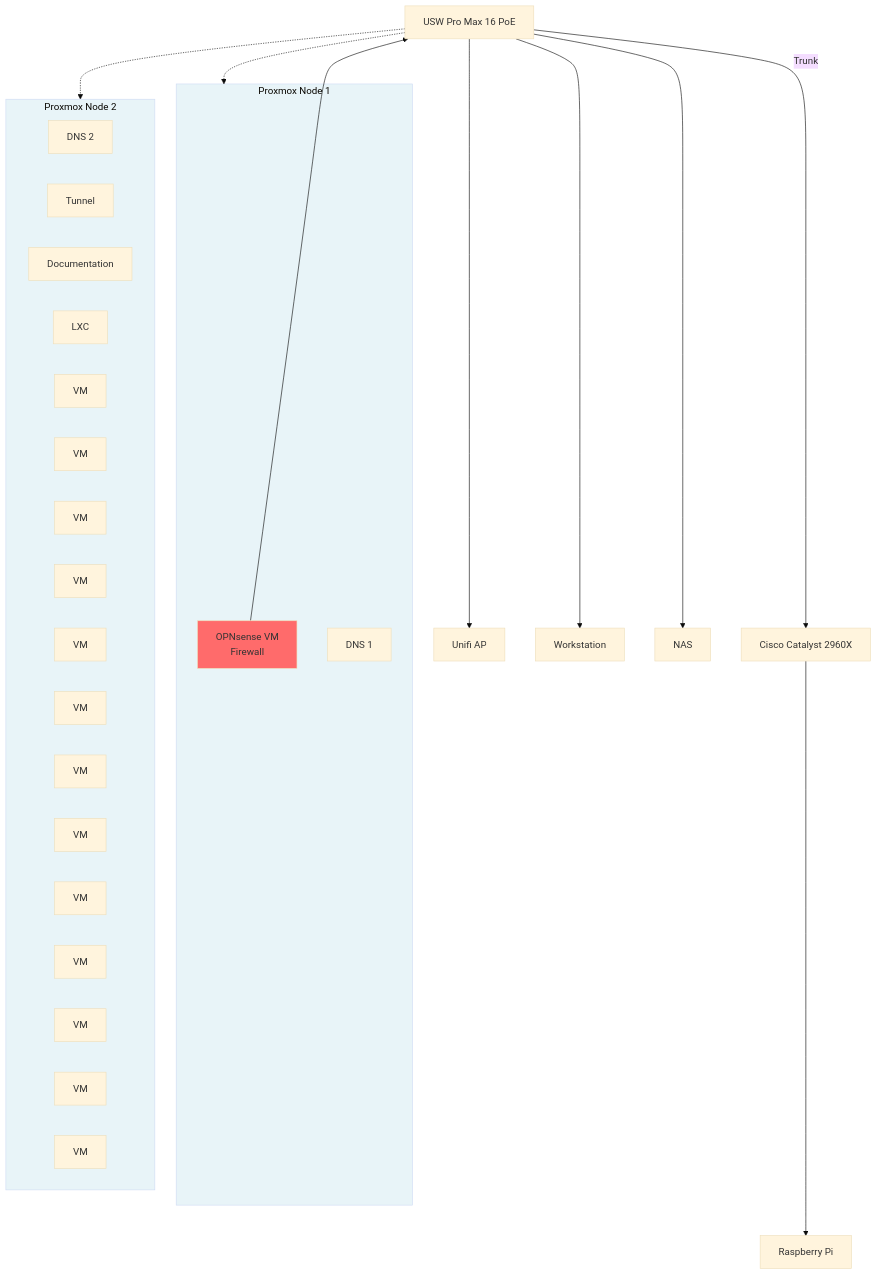
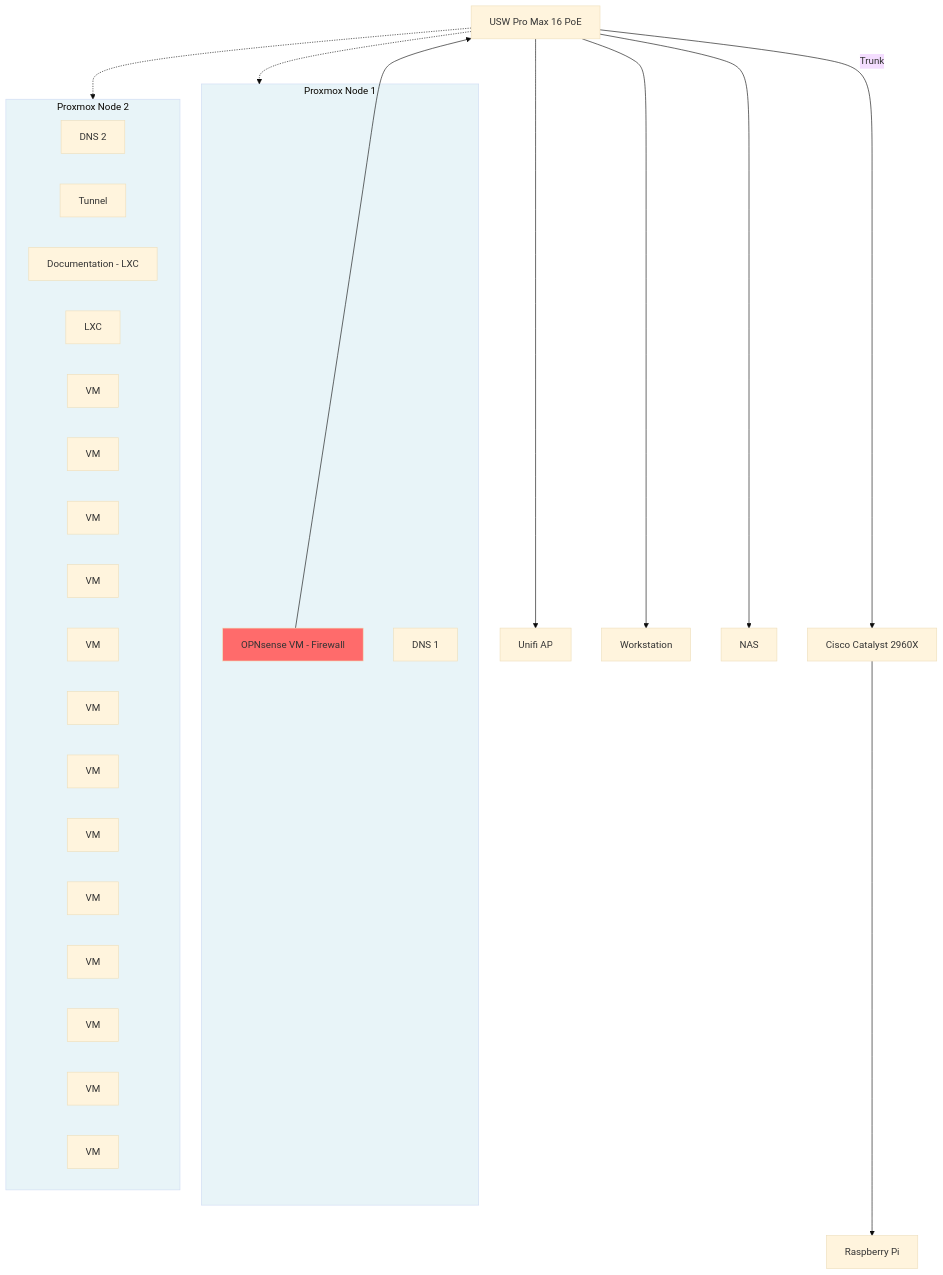
One commit to moshthesubnet/my-lab-docs changed the diagram in docs/index.md. Above: the diagram before and after it, drawn with Mermaid (base theme).

````diff
--- a/docs/index.md
+++ b/docs/index.md
@@ -54,53 +54,53 @@
 ```mermaid
 graph TD
     %% Physical Infrastructure
     MainSwitch[USW Pro Max 16 PoE]
     LabSwitch[Cisco Catalyst 2960X]
     
     %% Physical Devices
     AP[Unifi AP]
     PC[Workstation]
     RP[Raspberry Pi]
     NAS[NAS]
     
     %% Proxmox Hosts with nested VMs/Containers
-    subgraph ProxmoxNode1[Proxmox Node 1]
-        OPNsense[OPNsense VM<br/>Firewall]
+    subgraph ProxmoxNode1["Proxmox Node 1"]
+        OPNsense[OPNsense VM - Firewall]
         Pihole1[DNS 1]
     end
     
-    subgraph ProxmoxNode2[Proxmox Node 2]
+    subgraph ProxmoxNode2["Proxmox Node 2"]
         Pihole2[DNS 2]
         TwinGate[Tunnel]
-        Bookstack[Documentation]
+        BookstackVM[Documentation - LXC]
         MkDocs[LXC]
         TrueNAS[VM]
         Dockerhost1[VM]
         Dockerhost2[VM]
         Dockerhost3[VM]
         Win11[VM]
         HomeAssistant[VM]
         Netbox[VM]
         CML[VM]
         Ollama[VM]
         Kali[VM]
         Parrot[VM]
         SecurityOnion[VM]
         Podmanhost1[VM]
     end
     
     %% Connections
     OPNsense --> MainSwitch
     MainSwitch -- Trunk --> LabSwitch
     
     MainSwitch --> AP
     MainSwitch --> PC
     MainSwitch --> NAS
     MainSwitch -.-> ProxmoxNode1
     MainSwitch -.-> ProxmoxNode2
     LabSwitch --> RP
     
     style OPNsense fill:#ff6b6b
     style ProxmoxNode1 fill:#e8f4f8
     style ProxmoxNode2 fill:#e8f4f8
 ```
````
